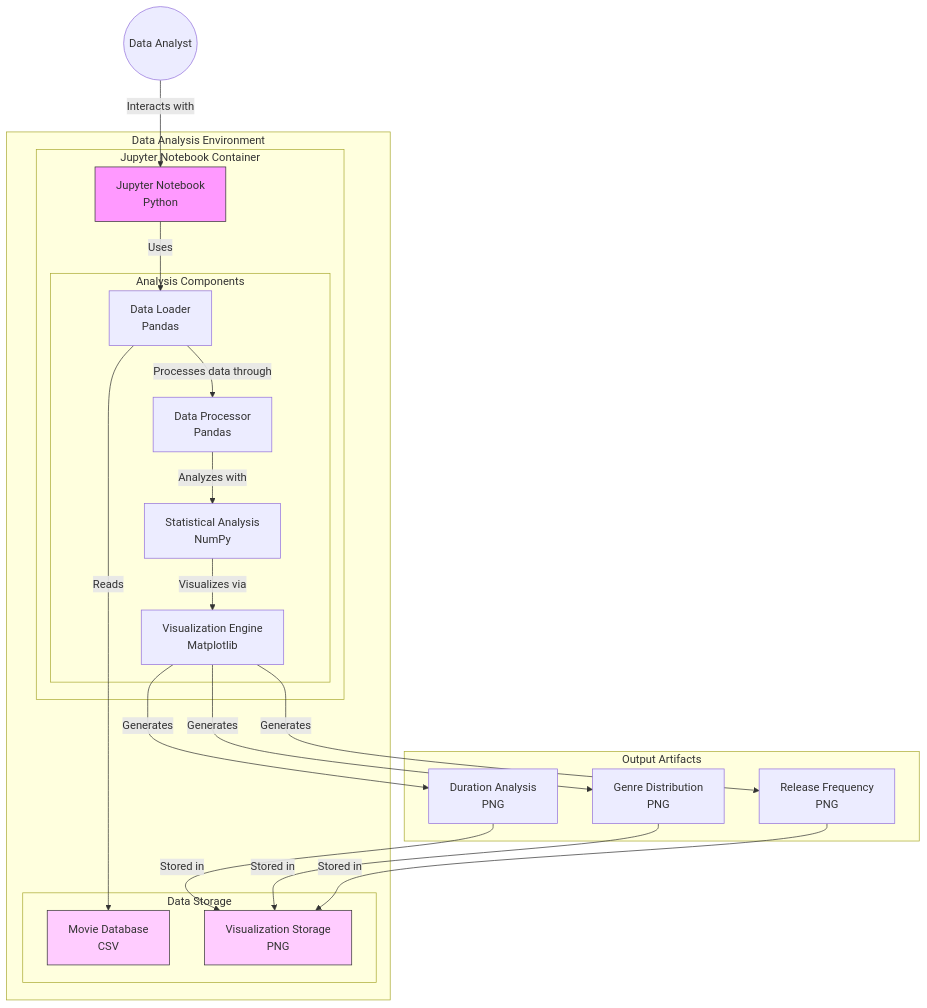
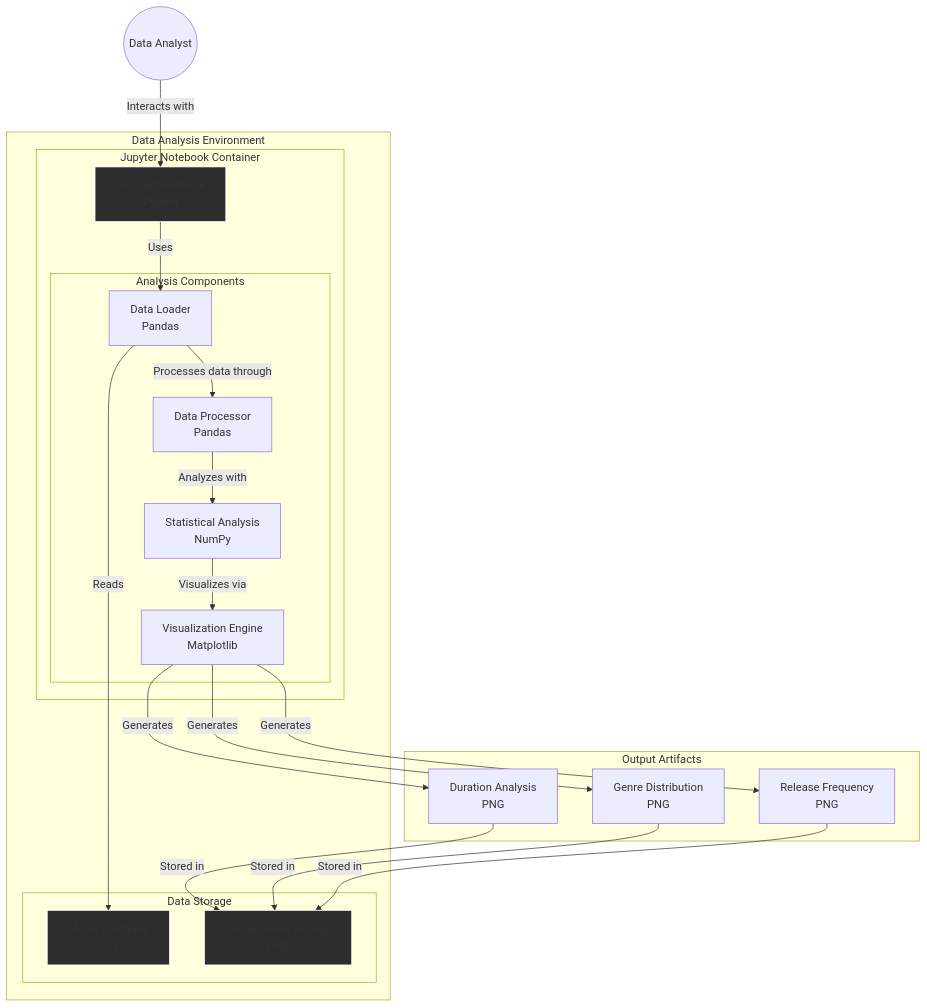
The diagram in README.md (charmander100pl/Netflix_90s_EDA), drawn with Mermaid before and after one commit. The commit also changed other lines of this file, not shown here.

````diff
--- a/README.md
+++ b/README.md
@@ -105,48 +105,48 @@
 ```mermaid
 graph TB
     User((Data Analyst))
 
     subgraph "Data Analysis Environment"
         subgraph "Jupyter Notebook Container"
             NotebookApp["Jupyter Notebook<br>Python"]
             
             subgraph "Analysis Components"
                 DataLoader["Data Loader<br>Pandas"]
                 Visualizer["Visualization Engine<br>Matplotlib"]
                 StatsEngine["Statistical Analysis<br>NumPy"]
                 DataProcessor["Data Processor<br>Pandas"]
             end
         end
 
         subgraph "Data Storage"
             CSVStore["Movie Database<br>CSV"]
             ImageStore["Visualization Storage<br>PNG"]
         end
     end
 
     subgraph "Output Artifacts"
         DurationHistogram["Duration Analysis<br>PNG"]
         GenrePlot["Genre Distribution<br>PNG"]
         ReleaseFreq["Release Frequency<br>PNG"]
     end
 
     User -->|Interacts with| NotebookApp
     NotebookApp -->|Uses| DataLoader
     DataLoader -->|Reads| CSVStore
     
     DataLoader -->|Processes data through| DataProcessor
     DataProcessor -->|Analyzes with| StatsEngine
     StatsEngine -->|Visualizes via| Visualizer
     
     Visualizer -->|Generates| DurationHistogram
     Visualizer -->|Generates| GenrePlot
     Visualizer -->|Generates| ReleaseFreq
     
     DurationHistogram -->|Stored in| ImageStore
     GenrePlot -->|Stored in| ImageStore
     ReleaseFreq -->|Stored in| ImageStore
 
-    style NotebookApp fill:#f9f,stroke:#333
-    style CSVStore fill:#fcf,stroke:#333
-    style ImageStore fill:#fcf,stroke:#333
+    style NotebookApp fill:#2d2d2d,stroke:#fff
+    style CSVStore fill:#2d2d2d,stroke:#fff
+    style ImageStore fill:#2d2d2d,stroke:#fff
 ```
````
